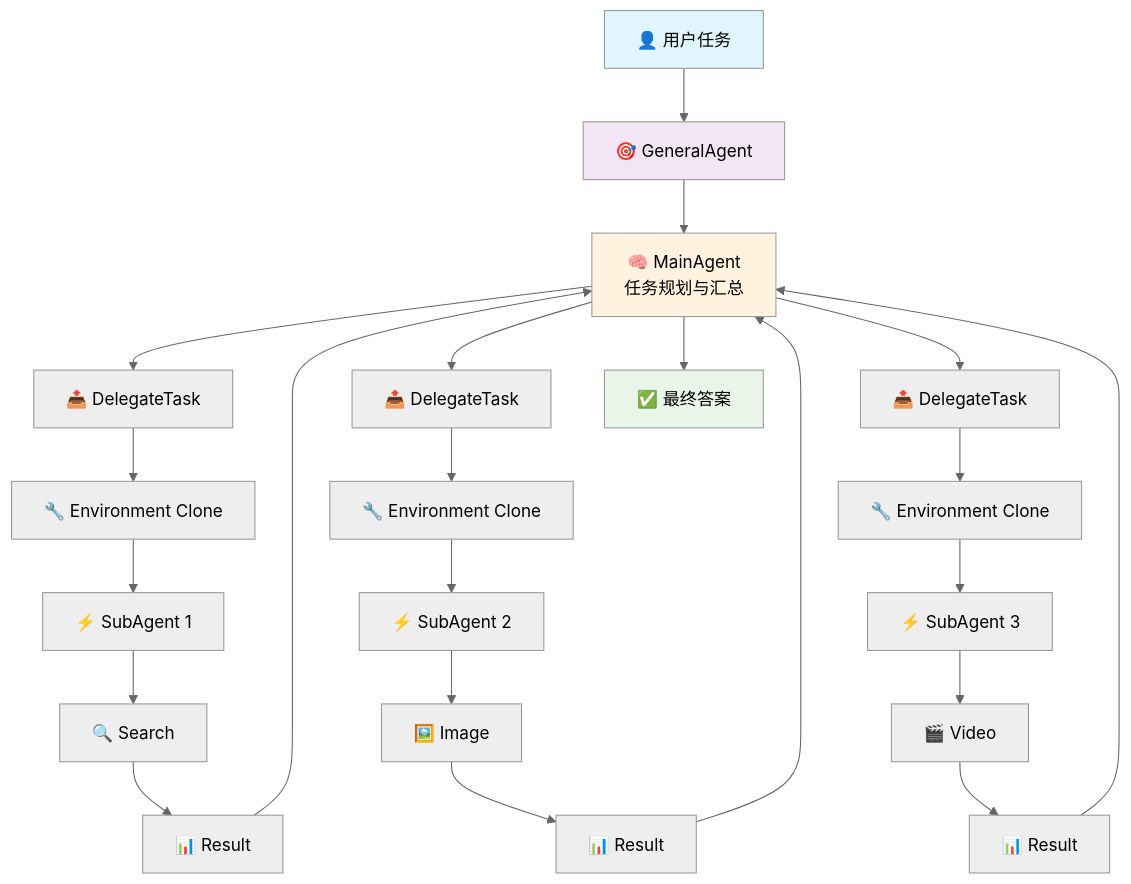
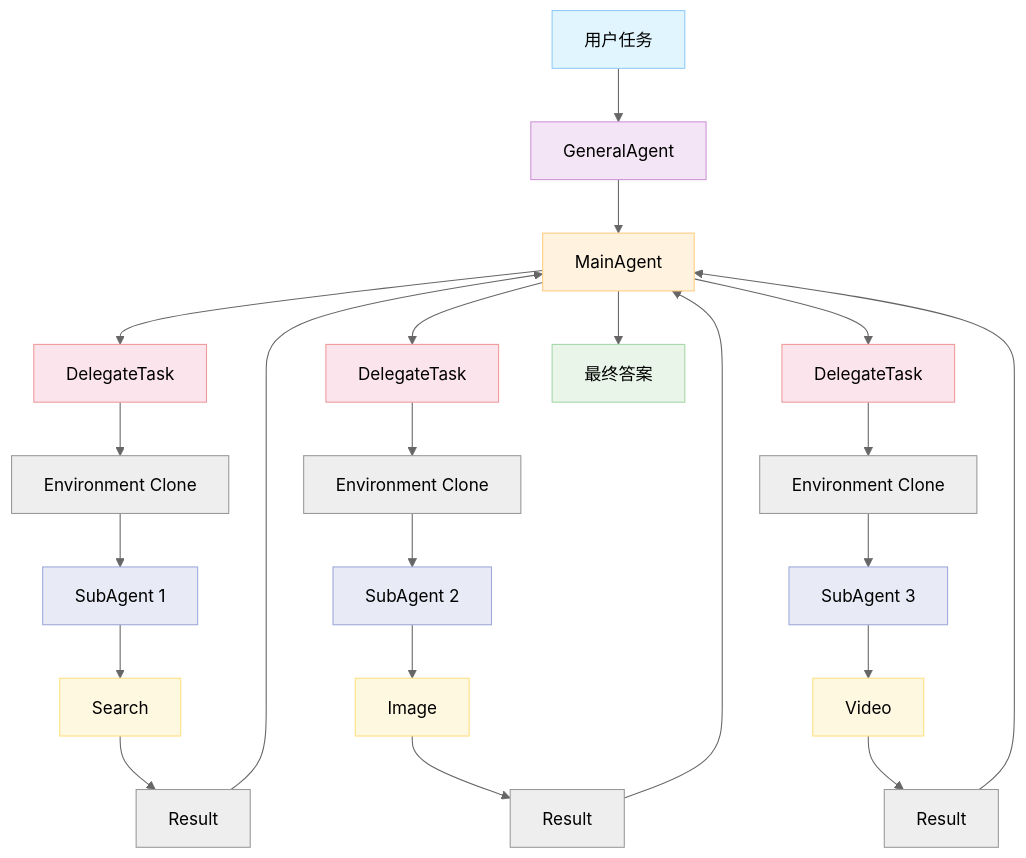
Before and after one commit to aweg75006-maker/iflow_agent: the first of 2 diagrams in README.md, drawn with Mermaid (neutral theme). The commit also changed other lines of this file, not shown here.

Commit message:
fix: 修复 README 图片显示问题，优化 Mermaid 架构图

````diff
--- a/README.md
+++ b/README.md
@@ -74,36 +82,45 @@
 ```mermaid
 graph TB
-    User[👤 用户任务] --> GA[🎯 GeneralAgent]
-    GA --> MA[🧠 MainAgent<br>任务规划与汇总]
+    User[用户任务] --> GA[GeneralAgent]
+    GA --> MA[MainAgent]
     
-    MA --> D1[📤 DelegateTask]
-    MA --> D2[📤 DelegateTask]
-    MA --> D3[📤 DelegateTask]
+    MA --> D1[DelegateTask]
+    MA --> D2[DelegateTask]
+    MA --> D3[DelegateTask]
     
-    D1 --> E1[🔧 Environment Clone]
-    D2 --> E2[🔧 Environment Clone]
-    D3 --> E3[🔧 Environment Clone]
+    D1 --> E1[Environment Clone]
+    D2 --> E2[Environment Clone]
+    D3 --> E3[Environment Clone]
     
-    E1 --> S1[⚡ SubAgent 1]
-    E2 --> S2[⚡ SubAgent 2]
-    E3 --> S3[⚡ SubAgent 3]
+    E1 --> S1[SubAgent 1]
+    E2 --> S2[SubAgent 2]
+    E3 --> S3[SubAgent 3]
     
-    S1 --> T1[🔍 Search]
-    S2 --> T2[🖼️ Image]
-    S3 --> T3[🎬 Video]
+    S1 --> T1[Search]
+    S2 --> T2[Image]
+    S3 --> T3[Video]
     
-    T1 --> R1[📊 Result]
-    T2 --> R2[📊 Result]
-    T3 --> R3[📊 Result]
+    T1 --> R1[Result]
+    T2 --> R2[Result]
+    T3 --> R3[Result]
     
     R1 --> MA
     R2 --> MA
     R3 --> MA
     
-    MA --> Answer[✅ 最终答案]
+    MA --> Answer[最终答案]
     
-    style User fill:#e1f5fe
-    style GA fill:#f3e5f5
-    style MA fill:#fff3e0
-    style Answer fill:#e8f5e8
+    style User fill:#e1f5fe,stroke:#90caf9
+    style GA fill:#f3e5f5,stroke:#ce93d8
+    style MA fill:#fff3e0,stroke:#ffcc80
+    style Answer fill:#e8f5e8,stroke:#a5d6a7
+    style D1 fill:#fce4ec,stroke:#ef9a9a
+    style D2 fill:#fce4ec,stroke:#ef9a9a
+    style D3 fill:#fce4ec,stroke:#ef9a9a
+    style S1 fill:#e8eaf6,stroke:#9fa8da
+    style S2 fill:#e8eaf6,stroke:#9fa8da
+    style S3 fill:#e8eaf6,stroke:#9fa8da
+    style T1 fill:#fff8e1,stroke:#ffe082
+    style T2 fill:#fff8e1,stroke:#ffe082
+    style T3 fill:#fff8e1,stroke:#ffe082
 ```
````
